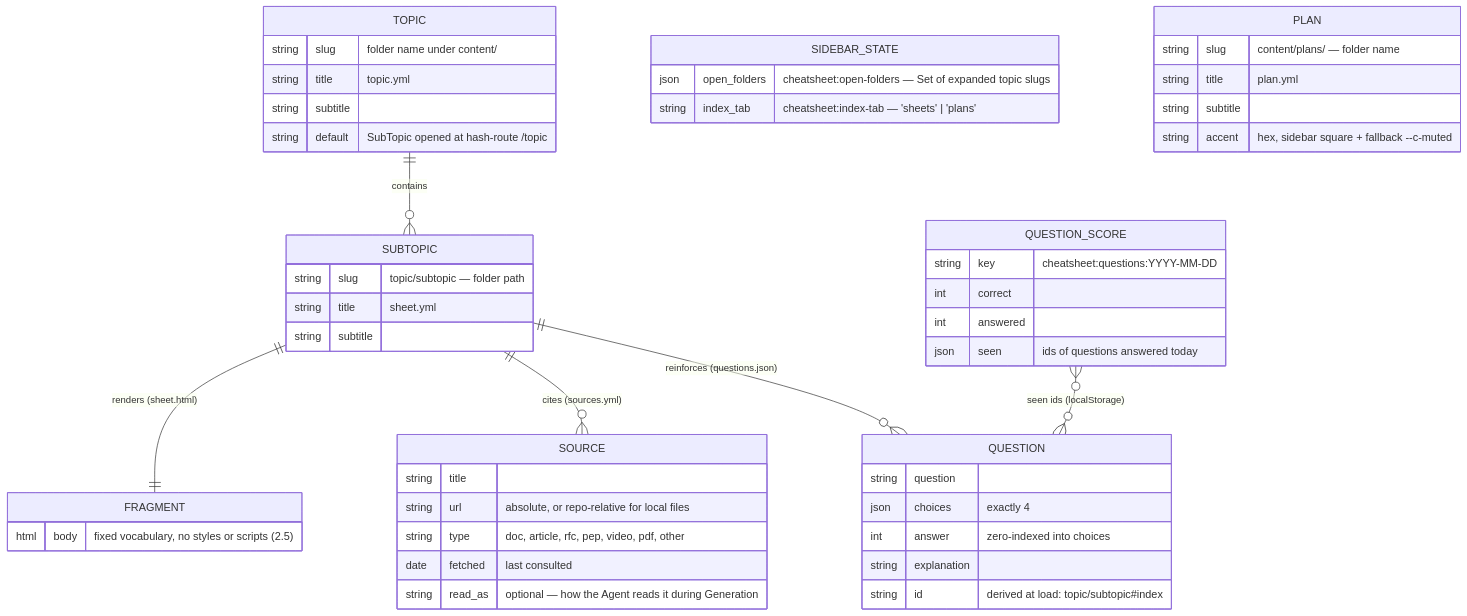
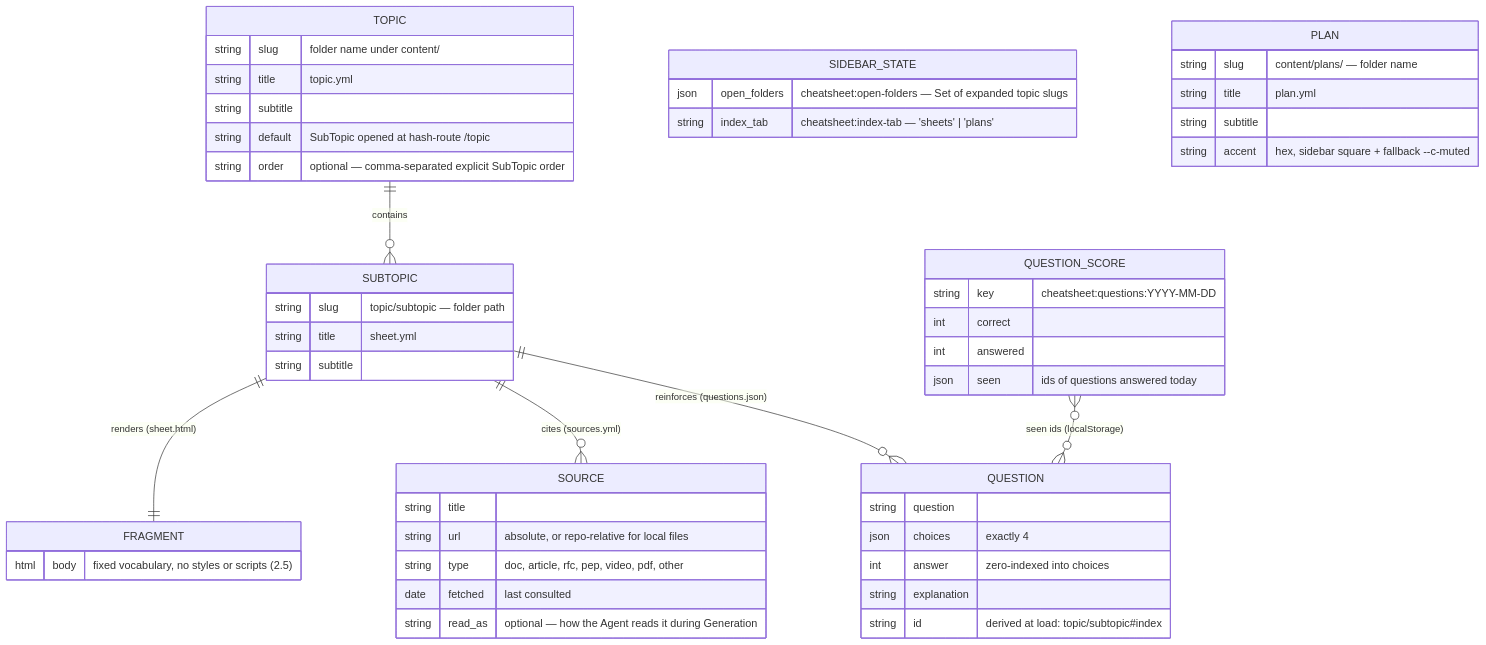
The second of 6 diagrams in docs/hldd/hldd.md (Povaz/cheatsheets), drawn with Mermaid before and after one commit. The commit also changed other lines of this file and 2 other files, not shown here.

Commit message:
feat(content): optional 'order' key in topic.yml — explicit SubTopic reading order (HLDD v6.3)

````diff
--- a/docs/hldd/hldd.md
+++ b/docs/hldd/hldd.md
@@ -100,53 +100,54 @@
 ```mermaid
 erDiagram
     TOPIC ||--o{ SUBTOPIC : contains
     SUBTOPIC ||--|| FRAGMENT : "renders (sheet.html)"
     SUBTOPIC ||--o{ SOURCE : "cites (sources.yml)"
     SUBTOPIC ||--o{ QUESTION : "reinforces (questions.json)"
     QUESTION_SCORE }o--o{ QUESTION : "seen ids (localStorage)"
 
     TOPIC {
         string slug "folder name under content/"
         string title "topic.yml"
         string subtitle
         string default "SubTopic opened at hash-route /topic"
+        string order "optional — comma-separated explicit SubTopic order"
     }
     SUBTOPIC {
         string slug "topic/subtopic — folder path"
         string title "sheet.yml"
         string subtitle
     }
     FRAGMENT {
         html body "fixed vocabulary, no styles or scripts (2.5)"
     }
     SOURCE {
         string title
         string url "absolute, or repo-relative for local files"
         string type "doc, article, rfc, pep, video, pdf, other"
         date fetched "last consulted"
         string read_as "optional — how the Agent reads it during Generation"
     }
     QUESTION {
         string question
         json choices "exactly 4"
         int answer "zero-indexed into choices"
         string explanation
         string id "derived at load: topic/subtopic#index"
     }
     QUESTION_SCORE {
         string key "cheatsheet:questions:YYYY-MM-DD"
         int correct
         int answered
         json seen "ids of questions answered today"
     }
     SIDEBAR_STATE {
         json open_folders "cheatsheet:open-folders — Set of expanded topic slugs"
         string index_tab "cheatsheet:index-tab — 'sheets' | 'plans'"
     }
     PLAN {
         string slug "content/plans/<slug> — folder name"
         string title "plan.yml"
         string subtitle
         string accent "hex, sidebar square + fallback --c-muted"
     }
 ```
````
